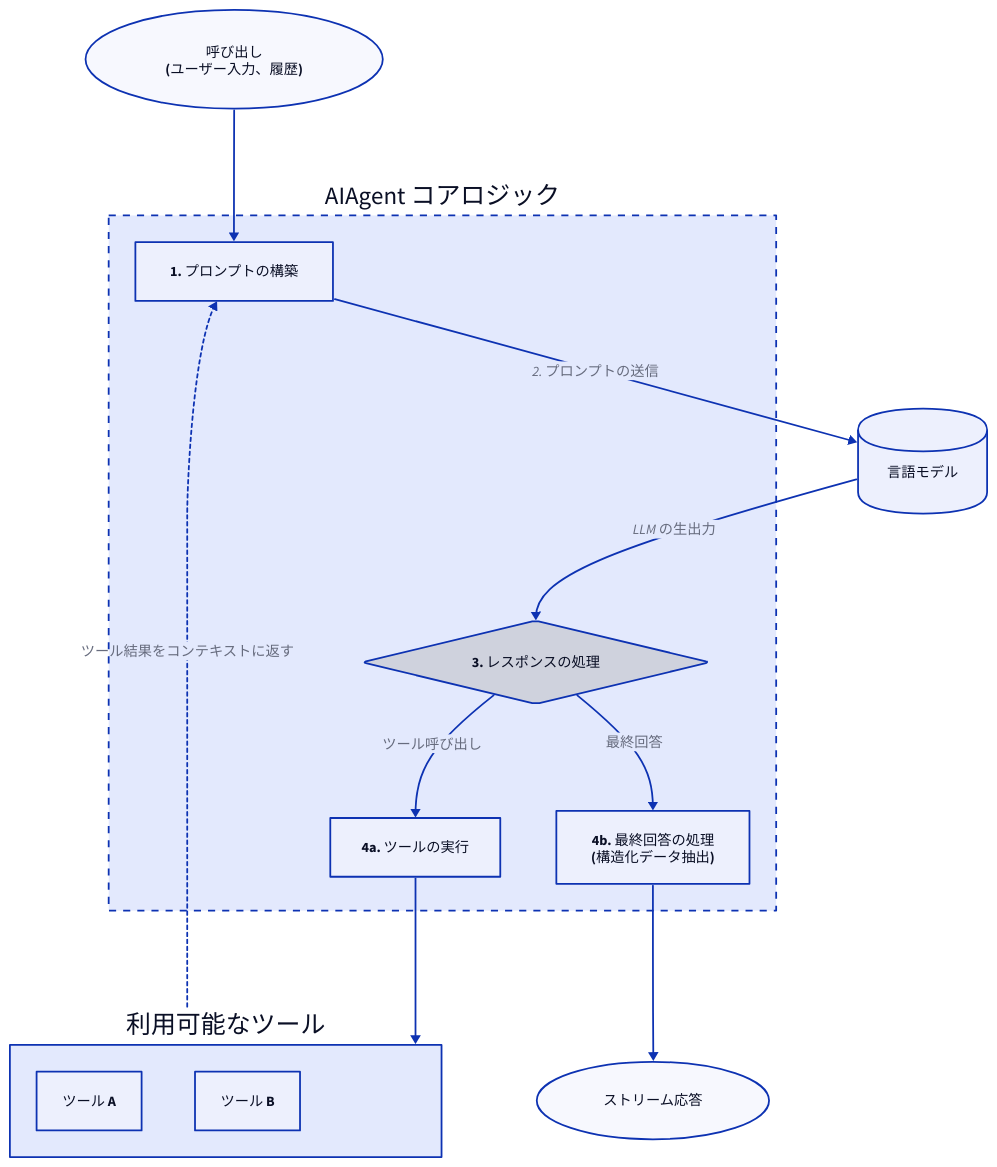
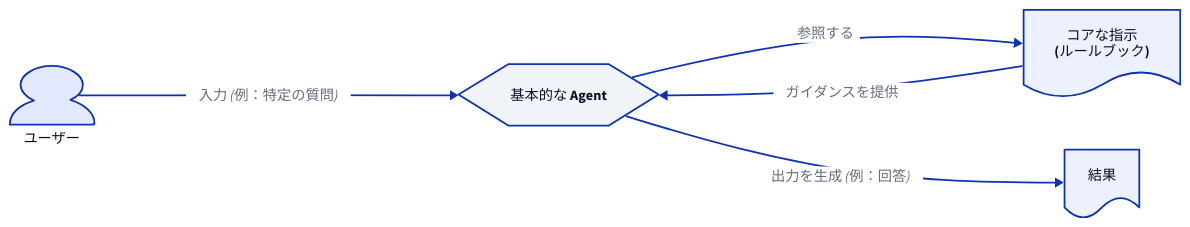
The diagram in .aigne/doc-smith/docs/user-guide-understanding-agents-basic-agents.ja.md (AIGNE-io/aigne-framework), drawn with D2 before and after one commit. The commit also changed other lines of this file and 191 other files, not shown here.

````diff
--- a/.aigne/doc-smith/docs/user-guide-understanding-agents-basic-agents.ja.md
+++ b/.aigne/doc-smith/docs/user-guide-understanding-agents-basic-agents.ja.md
@@ -1,65 +30,29 @@
-```d2
-direction: down
+```d2 icon=material-symbols:robot-2-outline
+direction: right
 
-Invocation: {
-  label: "呼び出し\n(ユーザー入力、履歴)"
-  shape: oval
+User: {
+  label: "ユーザー"
+  shape: person
 }
 
-AIAgent: {
-  label: "AIAgent コアロジック"
-  shape: rectangle
-  style: {
-    stroke-width: 2
-    stroke-dash: 4
-  }
-
-  PromptBuilder: {
-    label: "1. プロンプトの構築"
-    shape: rectangle
-  }
-
-  Response-Handler: {
-    label: "3. レスポンスの処理"
-    shape: diamond
-  }
-
-  Tool-Executor: {
-    label: "4a. ツールの実行"
-    shape: rectangle
-  }
-
-  Output-Processor: {
-    label: "4b. 最終回答の処理\n(構造化データ抽出)"
-    shape: rectangle
-  }
+Agent: {
+  label: "基本的な Agent"
+  shape: hexagon
+  style.fill: "#f0f4f8"
 }
 
-Language-Model: {
-  label: "言語モデル"
-  shape: cylinder
+Instructions: {
+  label: "コアな指示\n(ルールブック)"
+  shape: document
 }
 
-Tools: {
-  label: "利用可能なツール"
-  shape: rectangle
-  Tool-A: "ツール A"
-  Tool-B: "ツール B"
+Output: {
+  label: "結果"
+  shape: document
 }
 
-Final-Response: {
-  label: "ストリーム応答"
-  shape: oval
-}
-
-Invocation -> AIAgent.PromptBuilder
-AIAgent.PromptBuilder -> Language-Model: "2. プロンプトの送信"
-Language-Model -> AIAgent.Response-Handler: "LLM の生出力"
-AIAgent.Response-Handler -> AIAgent.Tool-Executor: "ツール呼び出し"
-AIAgent.Tool-Executor -> Tools
-Tools -> AIAgent.PromptBuilder: "ツール結果をコンテキストに返す" {
-  style.stroke-dash: 2
-}
-AIAgent.Response-Handler -> AIAgent.Output-Processor: "最終回答"
-AIAgent.Output-Processor -> Final-Response
+User -> Agent: "入力 (例：特定の質問)"
+Agent -> Instructions: "参照する"
+Instructions -> Agent: "ガイダンスを提供"
+Agent -> Output: "出力を生成 (例：回答)"
 ```
````
